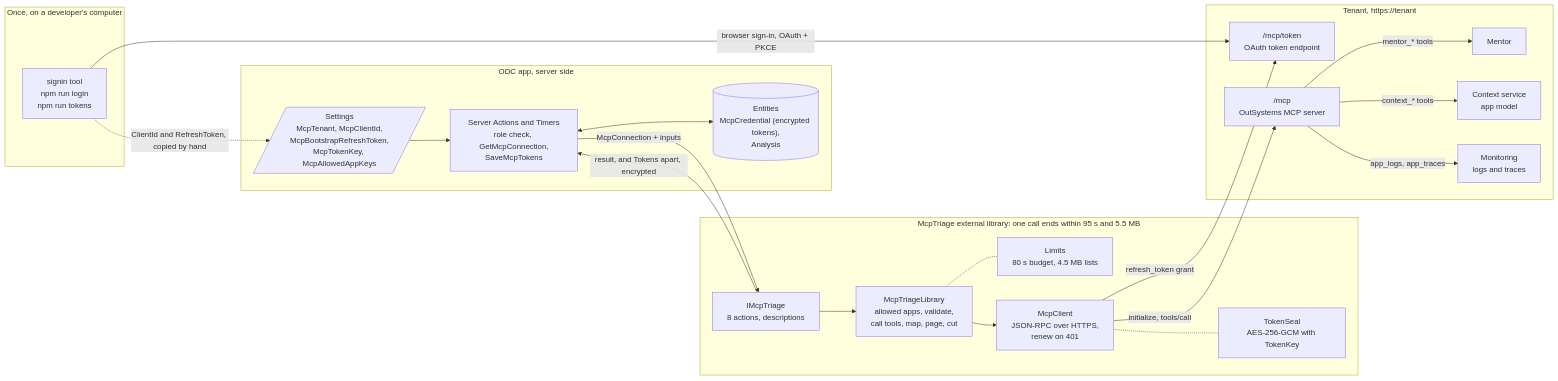
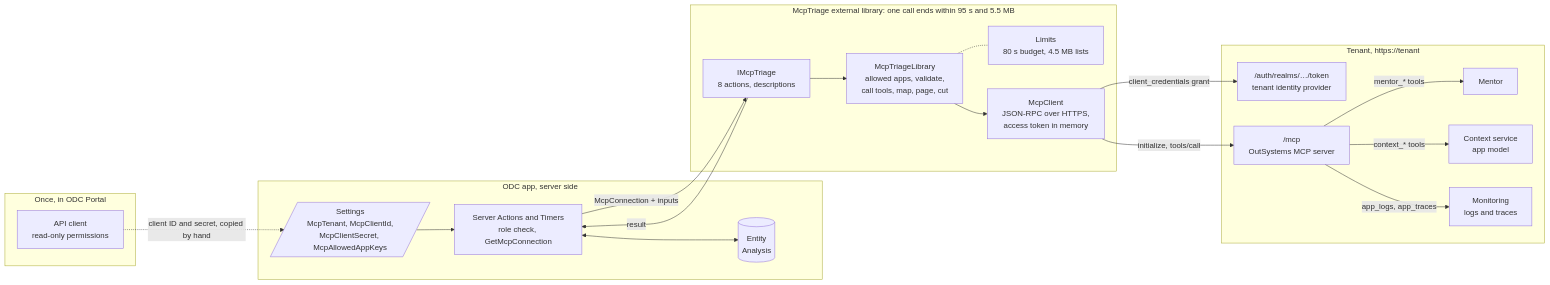
One commit to anapantas/MCPTriage changed the first of 2 diagrams in ARCHITECTURE.md. Above: the diagram before and after it, drawn with Mermaid. The commit also changed other lines of this file and 13 other files, not shown here.

First line of the commit message:
Sign in as an ODC API client instead of a stored person

````diff
--- a/ARCHITECTURE.md
+++ b/ARCHITECTURE.md
@@ -7,43 +7,40 @@
 ```mermaid
 flowchart LR
-    subgraph Dev["Once, on a developer's computer"]
-        SI["signin tool<br/>npm run login<br/>npm run tokens"]
+    subgraph Portal["Once, in ODC Portal"]
+        AC["API client<br/>read-only permissions"]
     end
 
     subgraph App["ODC app, server side"]
-        SET[/"Settings<br/>McpTenant, McpClientId,<br/>McpBootstrapRefreshToken,<br/>McpTokenKey, McpAllowedAppKeys"/]
-        SA["Server Actions and Timers<br/>role check, GetMcpConnection,<br/>SaveMcpTokens"]
-        DB[("Entities<br/>McpCredential (encrypted tokens),<br/>Analysis")]
+        SET[/"Settings<br/>McpTenant, McpClientId,<br/>McpClientSecret, McpAllowedAppKeys"/]
+        SA["Server Actions and Timers<br/>role check, GetMcpConnection"]
+        DB[("Entity<br/>Analysis")]
     end
 
     subgraph Lib["McpTriage external library: one call ends within 95 s and 5.5 MB"]
         IF["IMcpTriage<br/>8 actions, descriptions"]
         LIB["McpTriageLibrary<br/>allowed apps, validate,<br/>call tools, map, page, cut"]
         LIM["Limits<br/>80 s budget, 4.5 MB lists"]
-        CL["McpClient<br/>JSON-RPC over HTTPS,<br/>renew on 401"]
-        SEAL["TokenSeal<br/>AES-256-GCM with TokenKey"]
+        CL["McpClient<br/>JSON-RPC over HTTPS,<br/>access token in memory"]
     end
 
     subgraph Tenant["Tenant, https://tenant"]
-        TOK["/mcp/token<br/>OAuth token endpoint"]
+        TOK["/auth/realms/…/token<br/>tenant identity provider"]
         MCP["/mcp<br/>OutSystems MCP server"]
         MEN["Mentor"]
         CTX["Context service<br/>app model"]
         MON["Monitoring<br/>logs and traces"]
     end
 
-    SI -- "browser sign-in, OAuth + PKCE" --> TOK
-    SI -. "ClientId and RefreshToken, copied by hand" .-> SET
+    AC -. "client ID and secret, copied by hand" .-> SET
     SET --> SA
     SA <--> DB
     SA -- "McpConnection + inputs" --> IF
-    IF -- "result, and Tokens apart, encrypted" --> SA
+    IF -- "result" --> SA
     IF --> LIB --> CL
     LIB -.- LIM
-    CL -.- SEAL
-    CL -- "refresh_token grant" --> TOK
+    CL -- "client_credentials grant" --> TOK
     CL -- "initialize, tools/call" --> MCP
     MCP -- "mentor_* tools" --> MEN
     MCP -- "context_* tools" --> CTX
     MCP -- "app_logs, app_traces" --> MON
 ```
````
